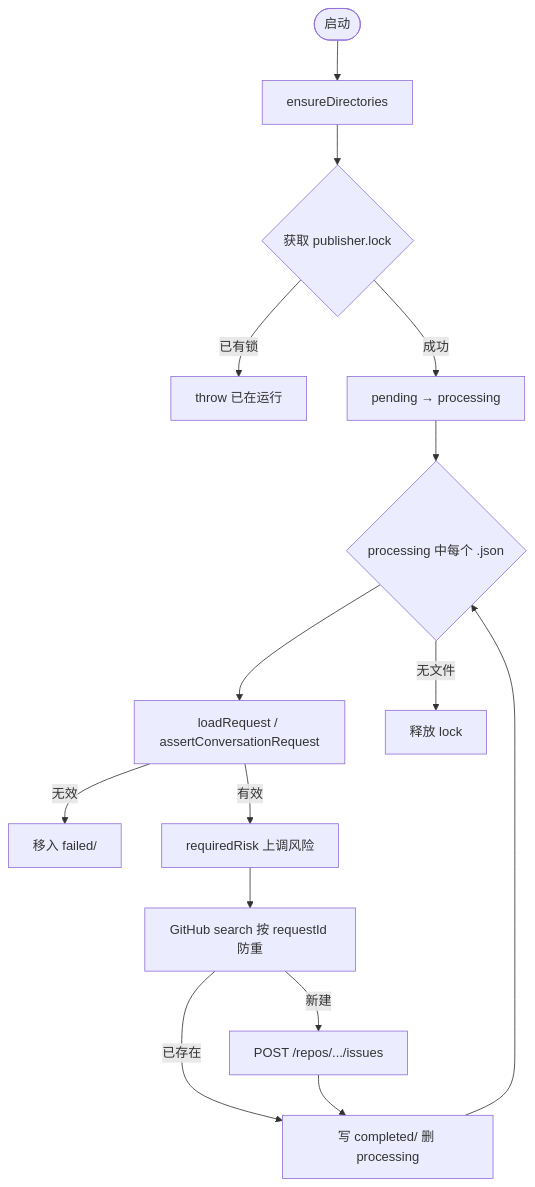
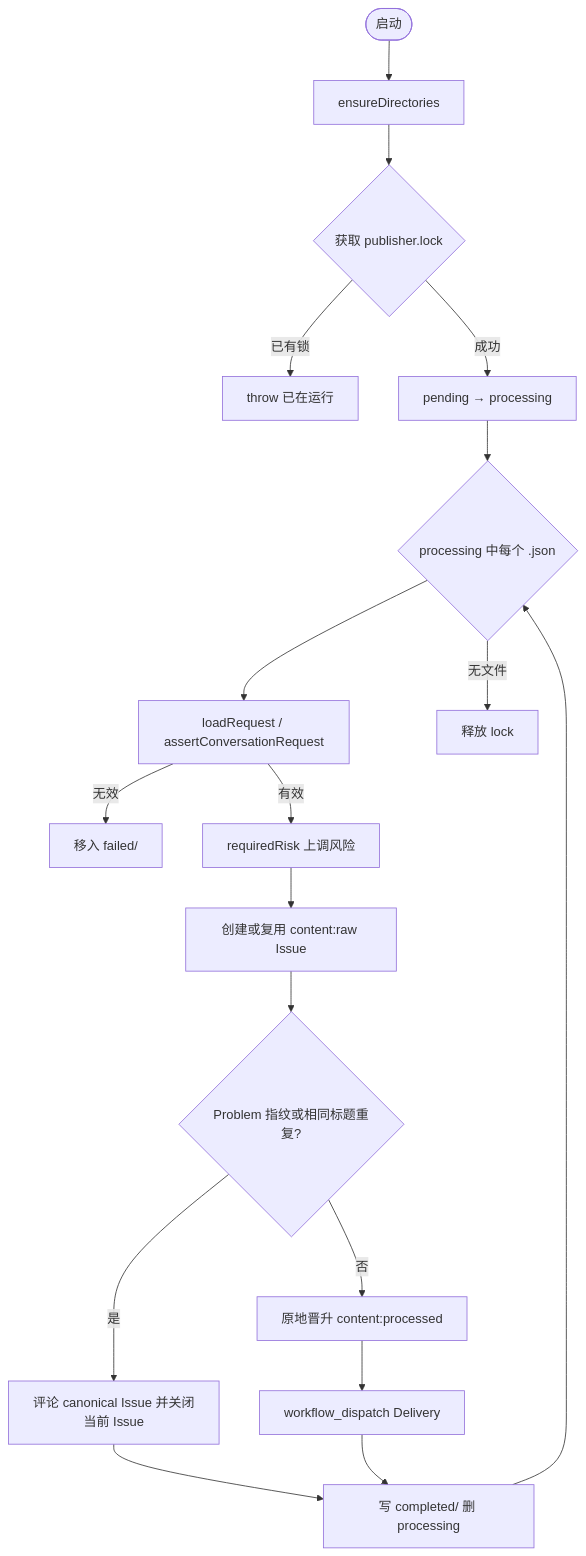
The second of 2 diagrams in .github/workflows/publish-conversation-issues.yml.md (liuzhuang/signalpatch), drawn with Mermaid before and after one commit. The commit also changed other lines of this file and 24 other files, not shown here.

First line of the commit message:
feat(issue-lifecycle): 统一 Issue raw/processed 生命周期并显式 dispatch Delivery

````diff
--- a/.github/workflows/publish-conversation-issues.yml.md
+++ b/.github/workflows/publish-conversation-issues.yml.md
@@ -138,17 +138,20 @@
 ```mermaid
 flowchart TD
   start([启动]) --> dirs[ensureDirectories]
   dirs --> lock{获取 publisher.lock}
   lock -->|已有锁| err[throw 已在运行]
   lock -->|成功| move[pending → processing]
   move --> loop{processing 中每个 .json}
   loop --> load[loadRequest / assertConversationRequest]
   load -->|无效| failDir[移入 failed/]
   load -->|有效| risk[requiredRisk 上调风险]
-  risk --> dedup[GitHub search 按 requestId 防重]
-  dedup -->|已存在| complete
-  dedup -->|新建| post[POST /repos/.../issues]
-  post --> complete[写 completed/ 删 processing]
+  risk --> raw[创建或复用 content:raw Issue]
+  raw --> dedup{Problem 指纹或相同标题重复?}
+  dedup -->|是| close[评论 canonical Issue 并关闭当前 Issue]
+  dedup -->|否| promote[原地晋升 content:processed]
+  promote --> dispatch[workflow_dispatch Delivery]
+  close --> complete[写 completed/ 删 processing]
+  dispatch --> complete
   complete --> loop
   loop -->|无文件| unlock[释放 lock]
 ```
````
